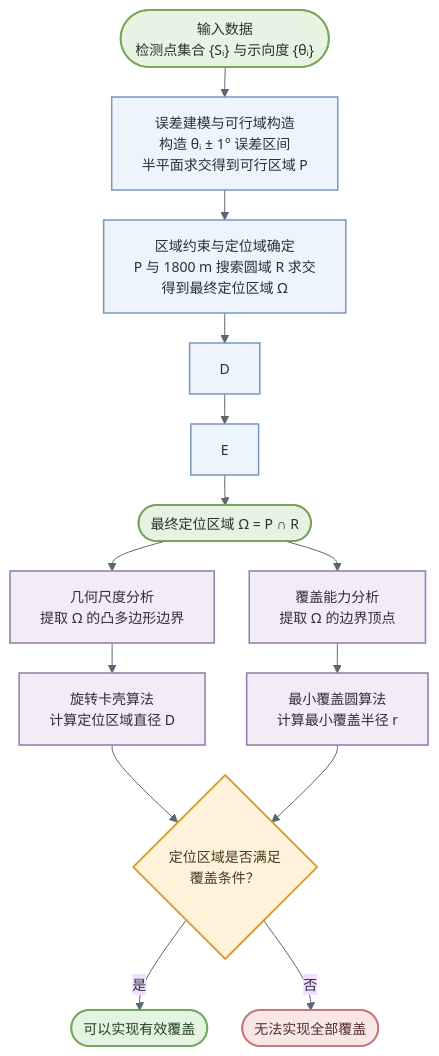
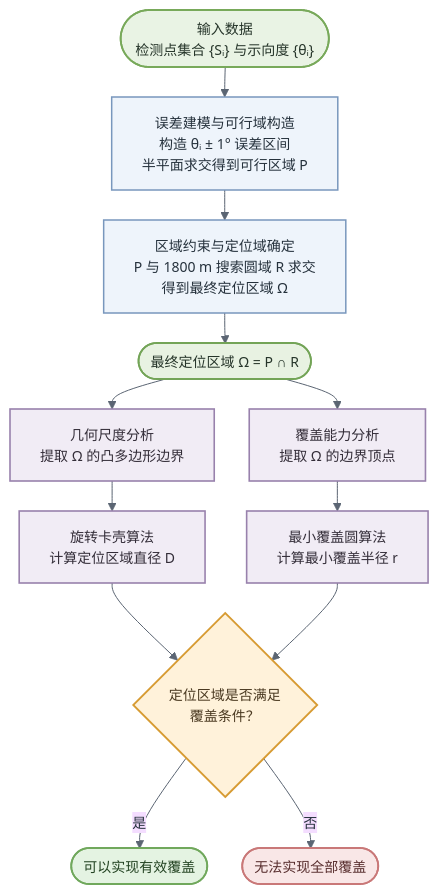
The diagram in all/未命名.md (Kristine922/iodraw-files), drawn with Mermaid before and after one commit.

Commit message:
2026-09-11 18:47:09 update

````diff
--- a/all/未命名.md
+++ b/all/未命名.md
@@ -1,65 +1,65 @@
 ```mermaid
 %%{init: {
   "theme": "base",
   "themeVariables": {
     "fontFamily": "Microsoft YaHei, SimHei, Arial",
     "fontSize": "14px",
     "lineColor": "#5B6573",
     "primaryTextColor": "#25313C"
   },
   "flowchart": {
     "curve": "basis",
     "nodeSpacing": 35,
     "rankSpacing": 30
   }
 }}%%
 
 flowchart TB
 
 A(["输入数据<br/>检测点集合 {Sᵢ} 与示向度 {θᵢ}"])
 
 B["误差建模与可行域构造<br/>构造 θᵢ ± 1° 误差区间<br/>半平面求交得到可行区域 P"]
 
 C["区域约束与定位域确定<br/>P 与 1800 m 搜索圆域 R 求交<br/>得到最终定位区域 Ω"]
 F(["最终定位区域 Ω = P ∩ R"])
 
-A --> B --> C --> D --> E --> F
+A --> B --> C  --> F
 
 %% 算法并行部分
 F --> G
 F --> H
 
 G["几何尺度分析<br/>提取 Ω 的凸多边形边界"]
 I["旋转卡壳算法<br/>计算定位区域直径 D"]
 
 H["覆盖能力分析<br/>提取 Ω 的边界顶点"]
 J["最小覆盖圆算法<br/>计算最小覆盖半径 r"]
 
 G --> I
 H --> J
 
 I --> K
 J --> K
 
 K{"定位区域是否满足<br/>覆盖条件？"}
 
 K -- "是" --> L(["可以实现有效覆盖"])
 K -- "否" --> M(["无法实现全部覆盖"])
 
 
 classDef inputNode fill:#E9F3E4,stroke:#78A95A,stroke-width:1.8px,color:#26352A;
 classDef processNode fill:#EEF4FB,stroke:#7897BD,stroke-width:1.5px,color:#25313C;
 classDef algoNode fill:#F1ECF5,stroke:#9881AC,stroke-width:1.6px,color:#332D38;
 classDef resultNode fill:#E8F2E2,stroke:#73A457,stroke-width:1.8px,color:#26352A;
 classDef decisionNode fill:#FFF2DA,stroke:#D79B32,stroke-width:1.8px,color:#4A3920;
 classDef successNode fill:#E4F3E2,stroke:#70A85C,stroke-width:1.8px,color:#234322;
 classDef failNode fill:#F9E7E7,stroke:#C97878,stroke-width:1.8px,color:#572D2D;
 
 class A inputNode;
 class B,C,D,E processNode;
 class F resultNode;
 class G,H,I,J algoNode;
 class K decisionNode;
 class L successNode;
 class M failNode;
 ```
````
